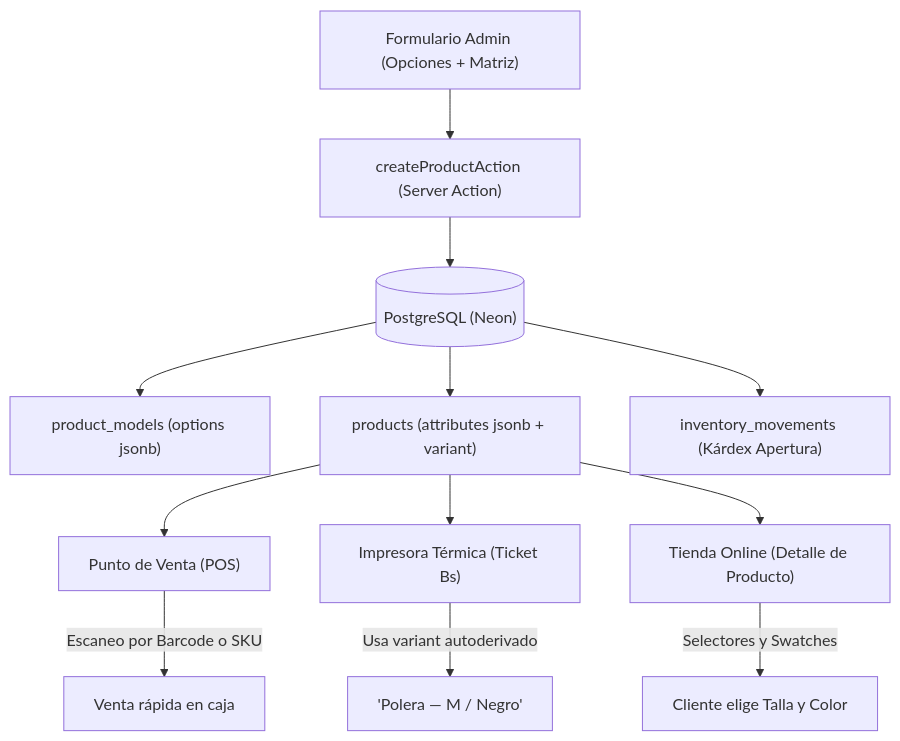
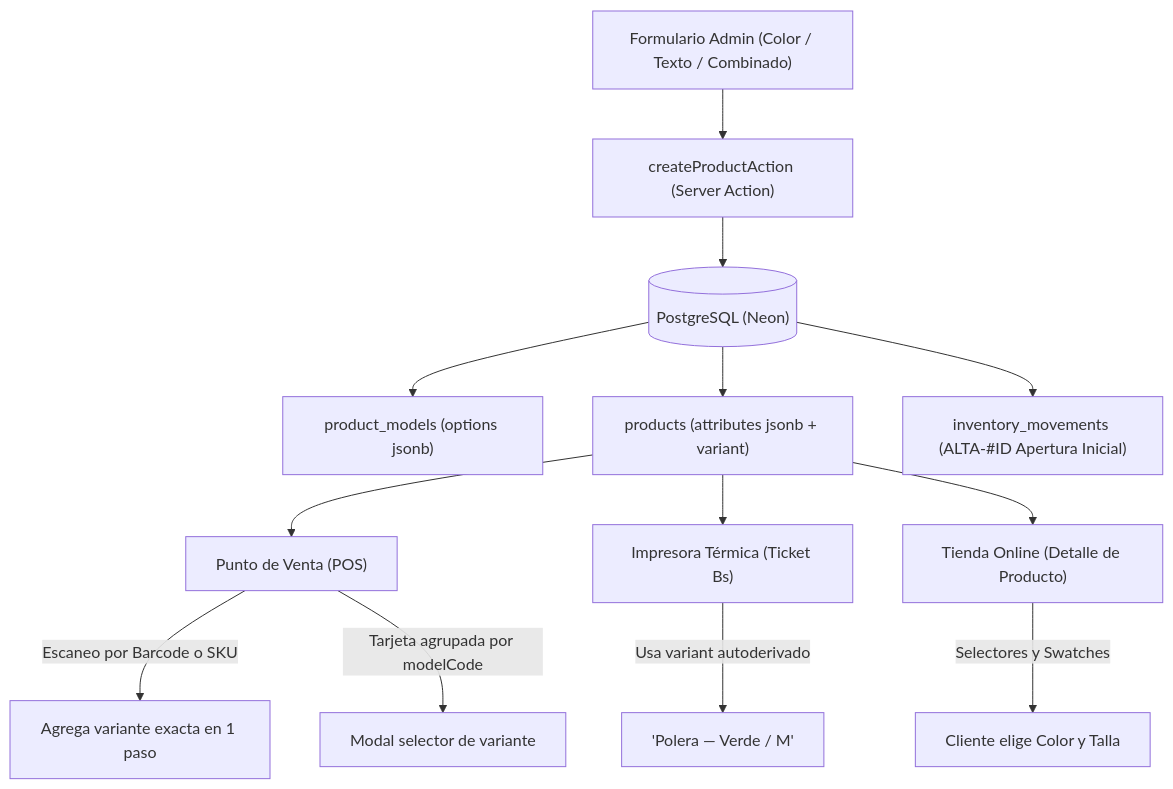
The second of 2 diagrams in docs/ARQUITECTURA_VARIANTES.md (stellarisdevsolutions/sistema-pos-inventario-ecommerce), drawn with Mermaid before and after one commit. The commit also changed other lines of this file and 31 other files, not shown here.

Commit message:
feat(admin): separar imagenes base/variante, archivo de productos y mejoras en resumen

````diff
--- a/docs/ARQUITECTURA_VARIANTES.md
+++ b/docs/ARQUITECTURA_VARIANTES.md
@@ -152,17 +153,18 @@
 ```mermaid
 flowchart TD
-    Form["Formulario Admin (Opciones + Matriz)"] --> Action["createProductAction (Server Action)"]
+    Form["Formulario Admin (Color / Texto / Combinado)"] --> Action["createProductAction (Server Action)"]
     Action --> DB[("PostgreSQL (Neon)")]
 
     DB --> PM["product_models (options jsonb)"]
     DB --> PR["products (attributes jsonb + variant)"]
-    DB --> KM["inventory_movements (Kárdex Apertura)"]
+    DB --> KM["inventory_movements (ALTA-#ID Apertura Inicial)"]
 
     PR --> POS["Punto de Venta (POS)"]
     PR --> TICKET["Impresora Térmica (Ticket Bs)"]
     PR --> STORE["Tienda Online (Detalle de Producto)"]
 
-    POS -->|"Escaneo por Barcode o SKU"| Sale["Venta rápida en caja"]
-    TICKET -->|"Usa variant autoderivado"| Print["'Polera — M / Negro'"]
-    STORE -->|"Selectores y Swatches"| Customer["Cliente elige Talla y Color"]
+    POS -->|"Escaneo por Barcode o SKU"| SaleExact["Agrega variante exacta en 1 paso"]
+    POS -->|"Tarjeta agrupada por modelCode"| Modal["Modal selector de variante"]
+    TICKET -->|"Usa variant autoderivado"| Print["'Polera — Verde / M'"]
+    STORE -->|"Selectores y Swatches"| Customer["Cliente elige Color y Talla"]
 ```
````
